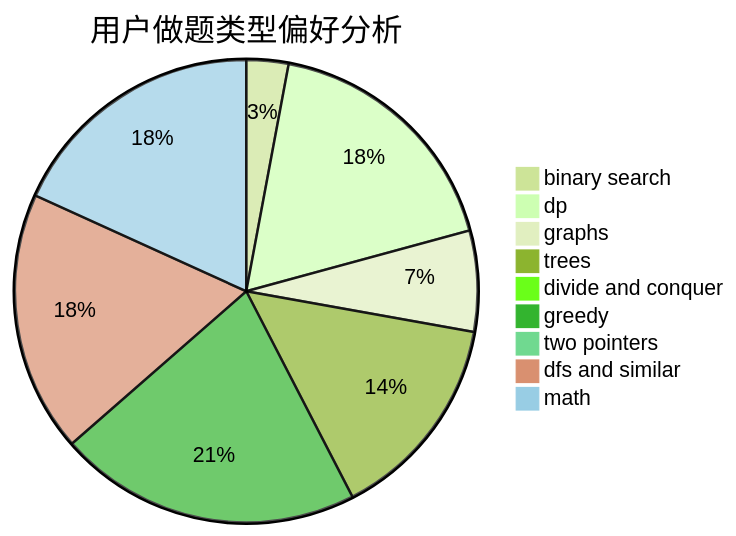
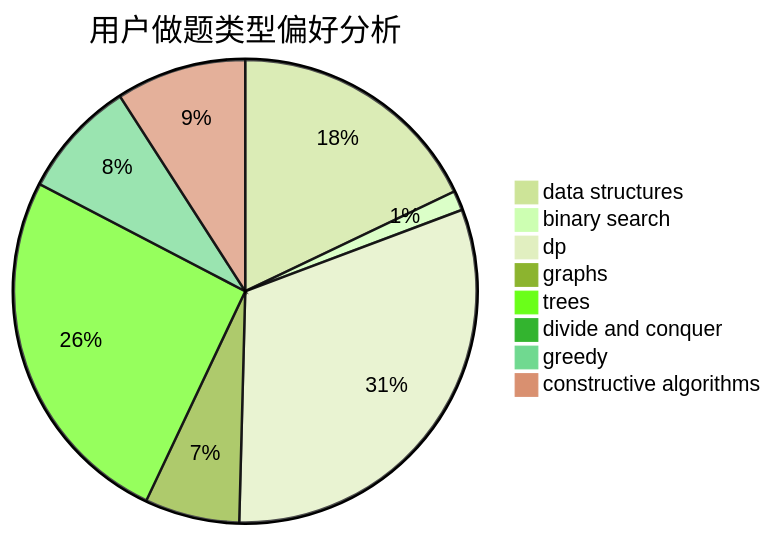
The second of 3 diagrams in docs/user/u2374.md (sherpahu/cfrs.github.io), drawn with Mermaid (forest theme) before and after one commit. The commit also changed other lines of this file and 2775 other files, not shown here.

````diff
--- a/docs/user/u2374.md
+++ b/docs/user/u2374.md
@@ -23,12 +23,11 @@
 ```mermaid
 pie title 用户做题类型偏好分析
-    "binary search" :  30
-    "dp" :  182
-    "graphs" :  72
-    "trees" :  149
-    "divide and conquer" :  4
-    "greedy" :  216
-    "two pointers" :  9
-    "dfs and similar" :  186
-    "math" :  186
+    "data structures" :  65
+    "binary search" :  5
+    "dp" :  113
+    "graphs" :  24
+    "trees" :  93
+    "divide and conquer" :  0
+    "greedy" :  30
+    "constructive algorithms" :  33
 ```
````
